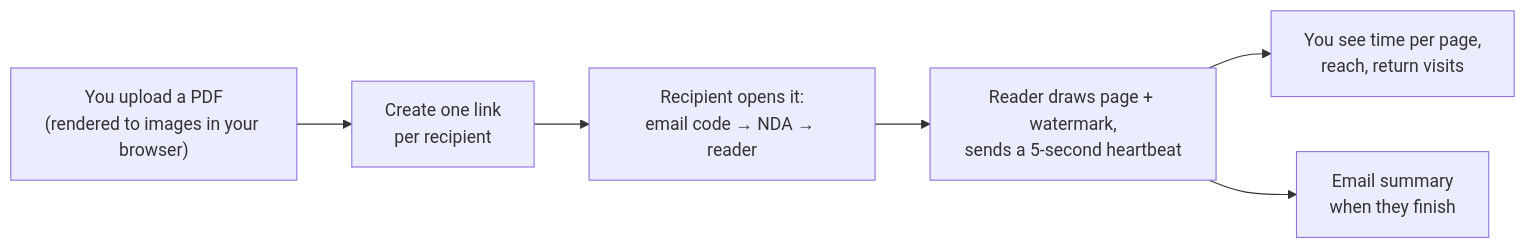
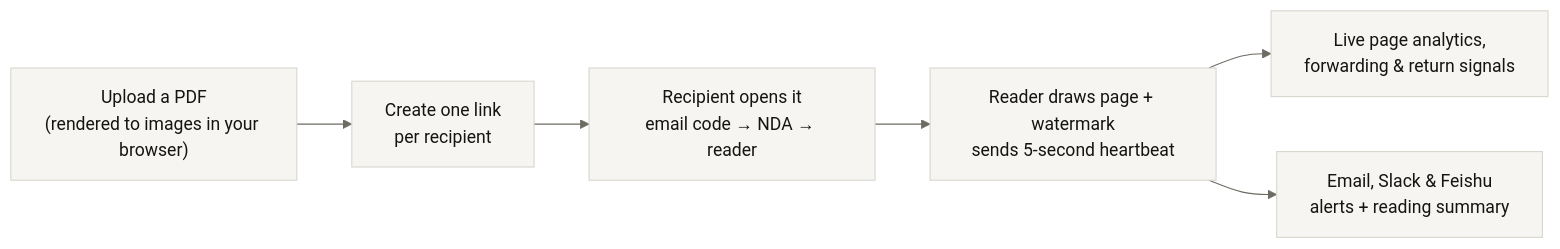
One commit to MurrayCMY/sendfolio changed the diagram in README.md. Above: the diagram before and after it, drawn with Mermaid. The commit also changed other lines of this file and 10 other files, not shown here.

````diff
--- a/README.md
+++ b/README.md
@@ -173,8 +220,9 @@
 ```mermaid
+%%{init: {'theme': 'base', 'themeVariables': { 'primaryColor': '#F6F5F1', 'primaryTextColor': '#141413', 'primaryBorderColor': '#D8D6CE', 'lineColor': '#6E6B63', 'secondaryColor': '#EFEEE8', 'tertiaryColor': '#FFFFFF' }}}%%
 flowchart LR
-    A["You upload a PDF<br/>(rendered to images in your browser)"] --> B["Create one link<br/>per recipient"]
-    B --> C["Recipient opens it:<br/>email code → NDA → reader"]
-    C --> D["Reader draws page + watermark,<br/>sends a 5-second heartbeat"]
-    D --> E["You see time per page,<br/>reach, return visits"]
-    D --> F["Email summary<br/>when they finish"]
+    A["Upload a PDF<br/>(rendered to images in your browser)"] --> B["Create one link<br/>per recipient"]
+    B --> C["Recipient opens it<br/>email code → NDA → reader"]
+    C --> D["Reader draws page + watermark<br/>sends 5-second heartbeat"]
+    D --> E["Live page analytics,<br/>forwarding &amp; return signals"]
+    D --> F["Email, Slack &amp; Feishu<br/>alerts + reading summary"]
 ```
````
